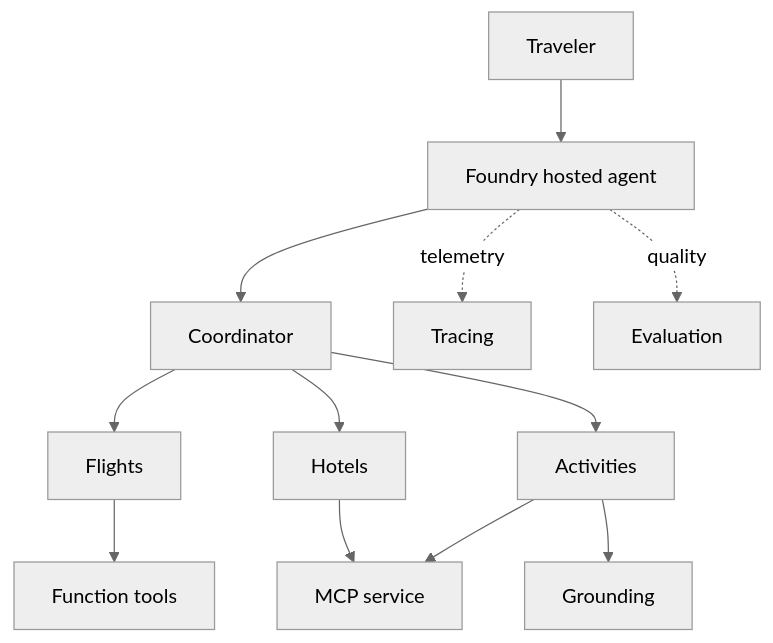
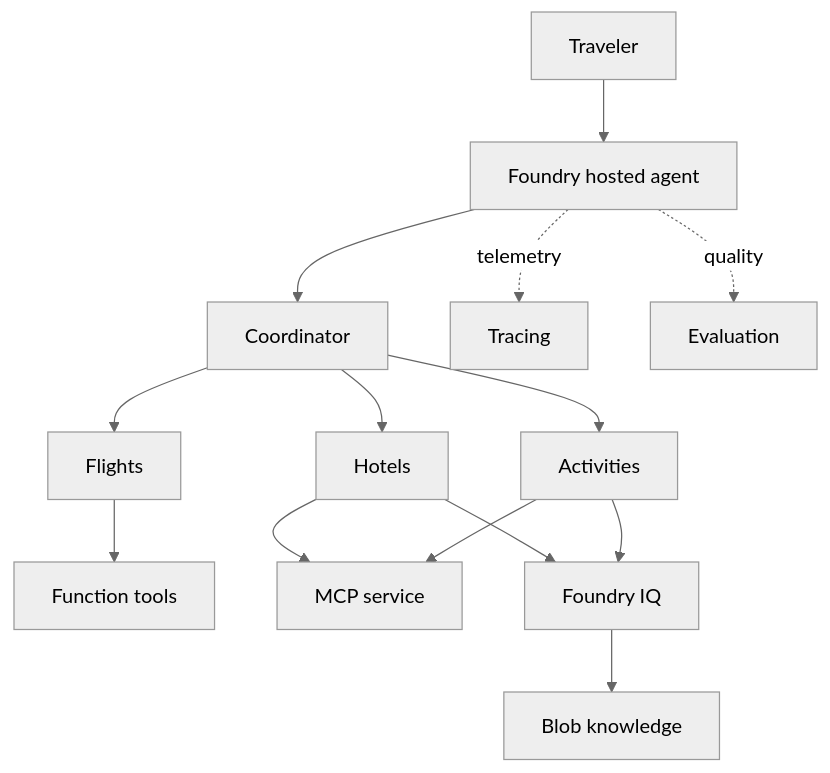
The diagram in docs/06-review-cleanup.md (tmathew1000/foundry-multi-agent-developer-lab), drawn with Mermaid (neutral theme) before and after one commit. The commit also changed other lines of this file and 37 other files, not shown here.

First line of the commit message:
feat: add Foundry IQ knowledge integration

````diff
--- a/docs/06-review-cleanup.md
+++ b/docs/06-review-cleanup.md
@@ -23,14 +23,16 @@
 ```mermaid
 flowchart TB
     U[Traveler] --> H[Foundry hosted agent]
     H --> C[Coordinator]
     C --> F[Flights]
     C --> HT[Hotels]
     C --> A[Activities]
     F --> FN[Function tools]
     HT --> MCP[MCP service]
     A --> MCP
-    A --> G[Grounding]
+    HT --> IQ[Foundry IQ]
+    A --> IQ
+    IQ --> B[Blob knowledge]
     H -. telemetry .-> T[Tracing]
     H -. quality .-> E[Evaluation]
 ```
````
